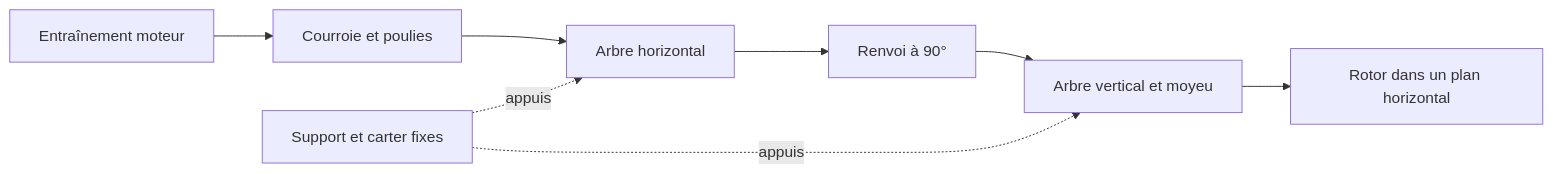
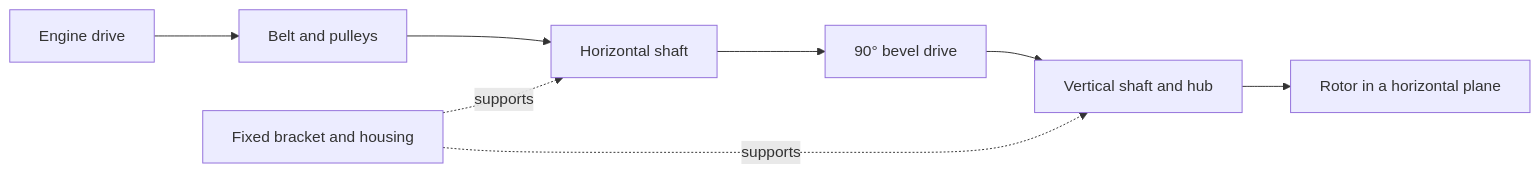
One commit to cluster2600/porscheparts changed the diagram in docs/research/935-horizontal-cooling/README.md. Above: the diagram before and after it, drawn with Mermaid. The commit also changed other lines of this file and 99 other files, not shown here.

````diff
--- a/docs/research/935-horizontal-cooling/README.md
+++ b/docs/research/935-horizontal-cooling/README.md
@@ -57,10 +57,10 @@
 ```mermaid
 flowchart LR
-    E[Entraînement moteur] --> B[Courroie et poulies]
-    B --> H[Arbre horizontal]
-    H --> G[Renvoi à 90°]
-    G --> V[Arbre vertical et moyeu]
-    V --> R[Rotor dans un plan horizontal]
-    S[Support et carter fixes] -. appuis .-> H
-    S -. appuis .-> V
+    E[Engine drive] --> B[Belt and pulleys]
+    B --> H[Horizontal shaft]
+    H --> G[90° bevel drive]
+    G --> V[Vertical shaft and hub]
+    V --> R[Rotor in a horizontal plane]
+    S[Fixed bracket and housing] -. supports .-> H
+    S -. supports .-> V
 ```
````
